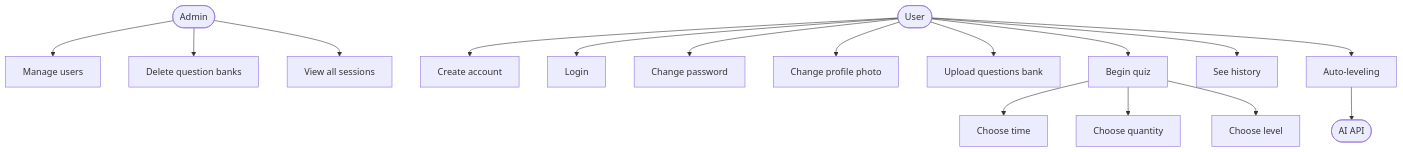
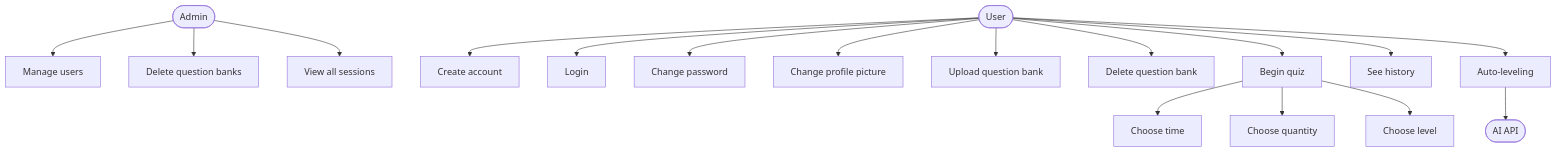
Before and after one commit to LuisDavidMSilva/provr: the diagram in docs/use-cases.md, drawn with Mermaid. The commit also changed 1 other file, not shown here.

Commit message:
docs: update use cases and data modeling diagrams

````diff
--- a/docs/use-cases.md
+++ b/docs/use-cases.md
@@ -2,24 +2,25 @@
 ```mermaid
 graph TD
     U([User])
     A([Admin])
 
-    A --> UC12[Manage users]
-    A --> UC13[Delete question banks]
-    A --> UC14[View all sessions]
+    A --> A1[Manage users]
+    A --> A2[Delete question banks]
+    A --> A3[View all sessions]
 
     U --> UC1[Create account]
     U --> UC2[Login]
     U --> UC3[Change password]
-    U --> UC4[Change profile photo]
-    U --> UC5[Upload questions bank]
-    U --> UC6[Begin quiz]
-    U --> UC7[See history]
-    U --> UC8[Auto-leveling]
+    U --> UC4[Change profile picture]
+    U --> UC5[Upload question bank]
+    U --> UC6[Delete question bank]
+    U --> UC7[Begin quiz]
+    U --> UC8[See history]
+    U --> UC9[Auto-leveling]
 
-    UC6 --> UC9[Choose time]
-    UC6 --> UC10[Choose quantity]
-    UC6 --> UC11[Choose level]
+    UC7 --> UC10[Choose time]
+    UC7 --> UC11[Choose quantity]
+    UC7 --> UC12[Choose level]
 
-    UC8 --> AI([AI API])
+    UC9 --> AI([AI API])
 ```
````
